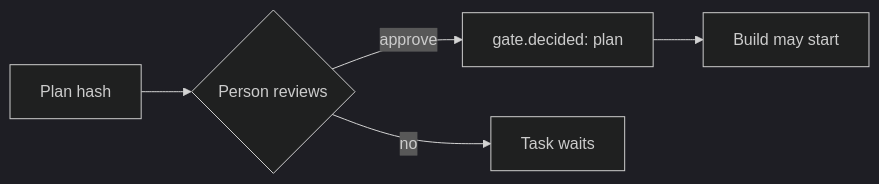
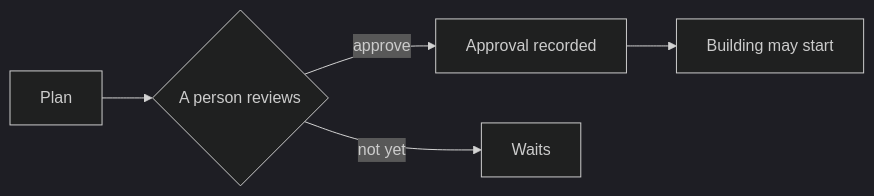
Before and after one commit to michaelatamuk/openjiuwen-works: the fifth of 11 diagrams in docs/guides/how-a-fix-flows.md, drawn with Mermaid (dark theme). The commit also changed other lines of this file and 47 other files, not shown here.

````diff
--- a/docs/guides/how-a-fix-flows.md
+++ b/docs/guides/how-a-fix-flows.md
@@ -89,7 +96,7 @@
 ```mermaid
 flowchart LR
-    P[Plan hash] --> H{Person reviews}
-    H -->|approve| A[gate.decided: plan]
-    H -->|no| W[Task waits]
-    A --> B[Build may start]
+    P[Plan] --> H{A person reviews}
+    H -->|approve| A[Approval recorded]
+    H -->|not yet| W[Waits]
+    A --> B[Building may start]
 ```
````
